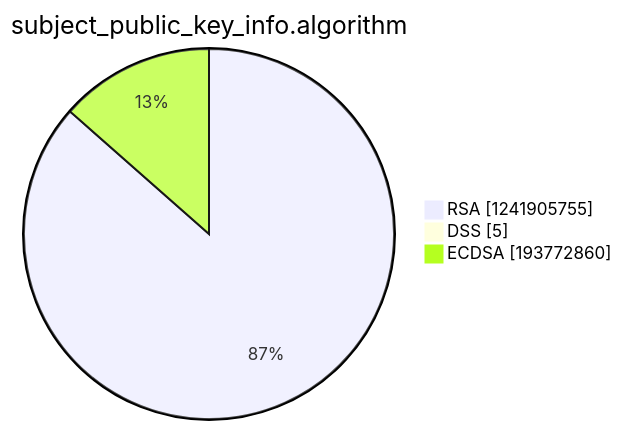
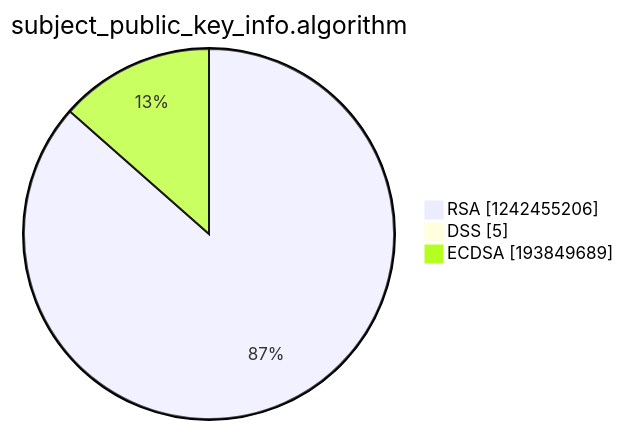
The third of 15 diagrams in argon2022/README.md (christiankrug/ctmonitor_visualization), drawn with Mermaid before and after one commit. The commit also changed other lines of this file, not shown here.

````diff
--- a/argon2022/README.md
+++ b/argon2022/README.md
@@ -14,7 +14,7 @@
 ```mermaid
 pie showData
 title subject_public_key_info.algorithm
-"RSA" :1241905755
+"RSA" :1242455206
 "DSS" :5
-"ECDSA" :193772860
+"ECDSA" :193849689
 ```
````
